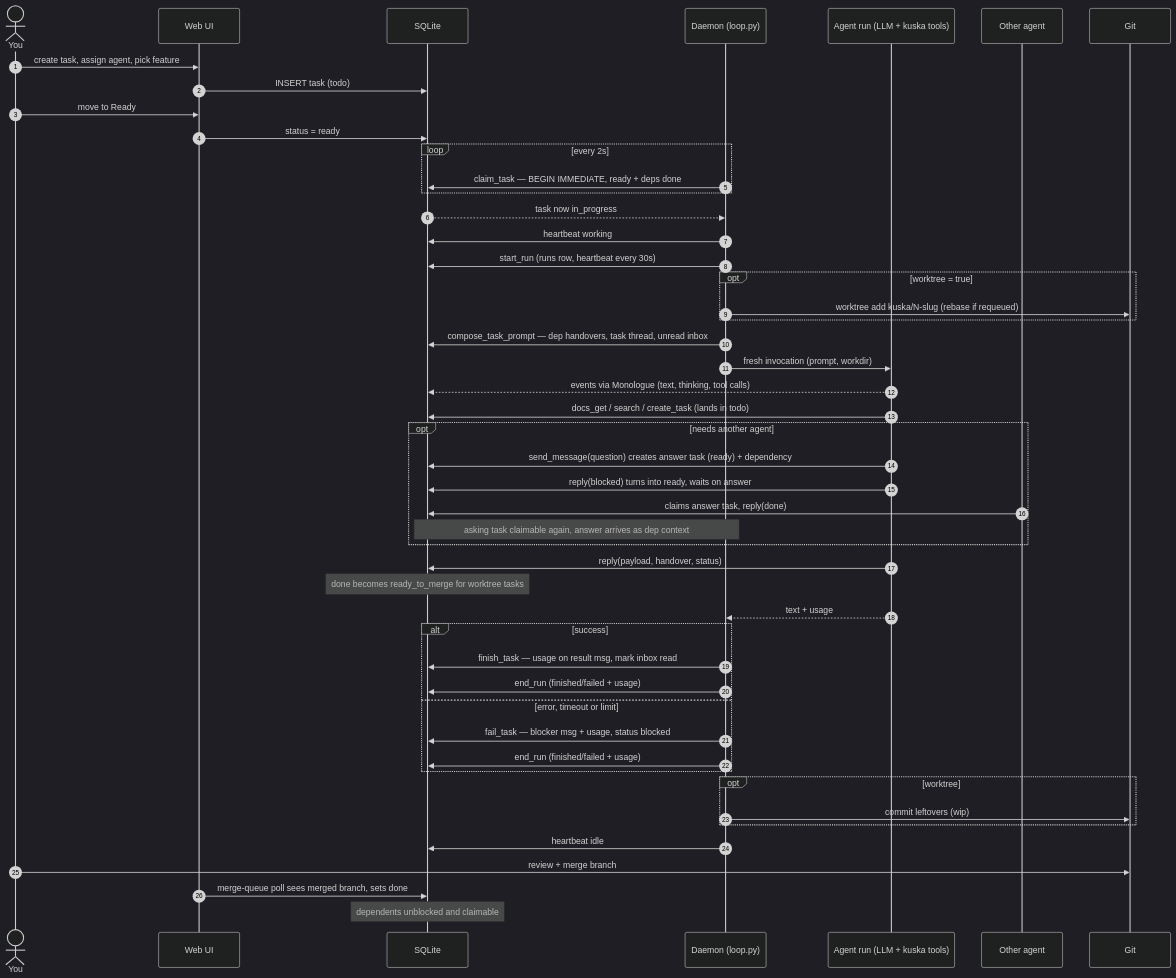
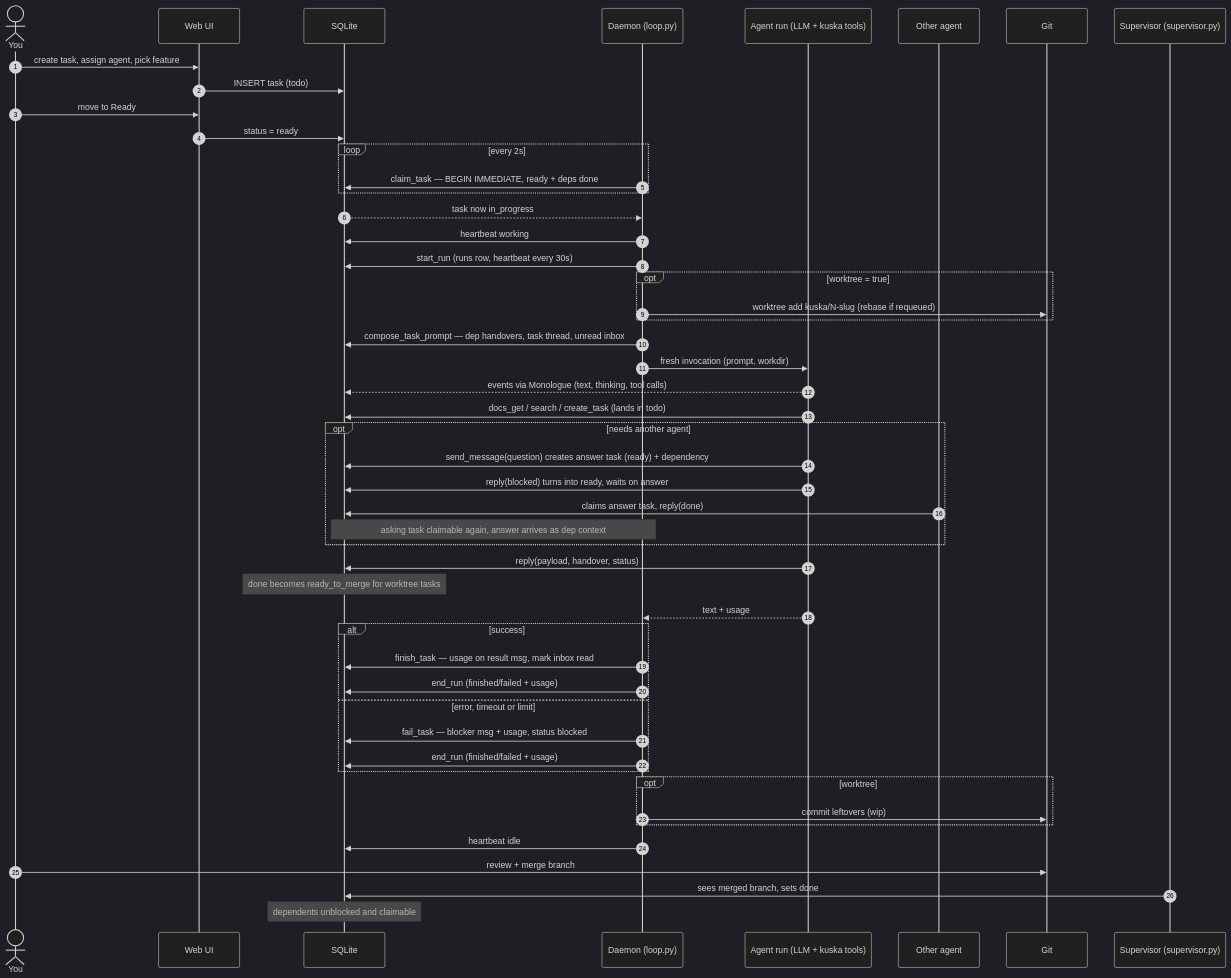
One commit to mberacochea/kuska changed the first of 2 diagrams in docs/agents_flow.md. Above: the diagram before and after it, drawn with Mermaid (dark theme). The commit also changed other lines of this file and 9 other files, not shown here.

````diff
--- a/docs/agents_flow.md
+++ b/docs/agents_flow.md
@@ -10,52 +10,53 @@
 ```mermaid
 sequenceDiagram
   autonumber
   actor H as You
   participant W as Web UI
   participant DB as SQLite
   participant D as Daemon (loop.py)
   participant A as Agent run (LLM + kuska tools)
   participant B as Other agent
   participant G as Git
+  participant S as Supervisor (supervisor.py)
 
   H->>W: create task, assign agent, pick feature
   W->>DB: INSERT task (todo)
   H->>W: move to Ready
   W->>DB: status = ready
   loop every 2s
     D->>DB: claim_task — BEGIN IMMEDIATE, ready + deps done
   end
   DB-->>D: task now in_progress
   D->>DB: heartbeat working
   D->>DB: start_run (runs row, heartbeat every 30s)
   opt worktree = true
     D->>G: worktree add kuska/N-slug (rebase if requeued)
   end
   D->>DB: compose_task_prompt — dep handovers, task thread, unread inbox
   D->>A: fresh invocation (prompt, workdir)
   A-->>DB: events via Monologue (text, thinking, tool calls)
   A->>DB: docs_get / search / create_task (lands in todo)
   opt needs another agent
     A->>DB: send_message(question) creates answer task (ready) + dependency
     A->>DB: reply(blocked) turns into ready, waits on answer
     B->>DB: claims answer task, reply(done)
     Note over D,DB: asking task claimable again, answer arrives as dep context
   end
   A->>DB: reply(payload, handover, status)
   Note over DB: done becomes ready_to_merge for worktree tasks
   A-->>D: text + usage
   alt success
     D->>DB: finish_task — usage on result msg, mark inbox read
     D->>DB: end_run (finished/failed + usage)
   else error, timeout or limit
     D->>DB: fail_task — blocker msg + usage, status blocked
     D->>DB: end_run (finished/failed + usage)
   end
   opt worktree
     D->>G: commit leftovers (wip)
   end
   D->>DB: heartbeat idle
   H->>G: review + merge branch
-  W->>DB: merge-queue poll sees merged branch, sets done
+  S->>DB: sees merged branch, sets done
   Note over DB: dependents unblocked and claimable
 ```
````
